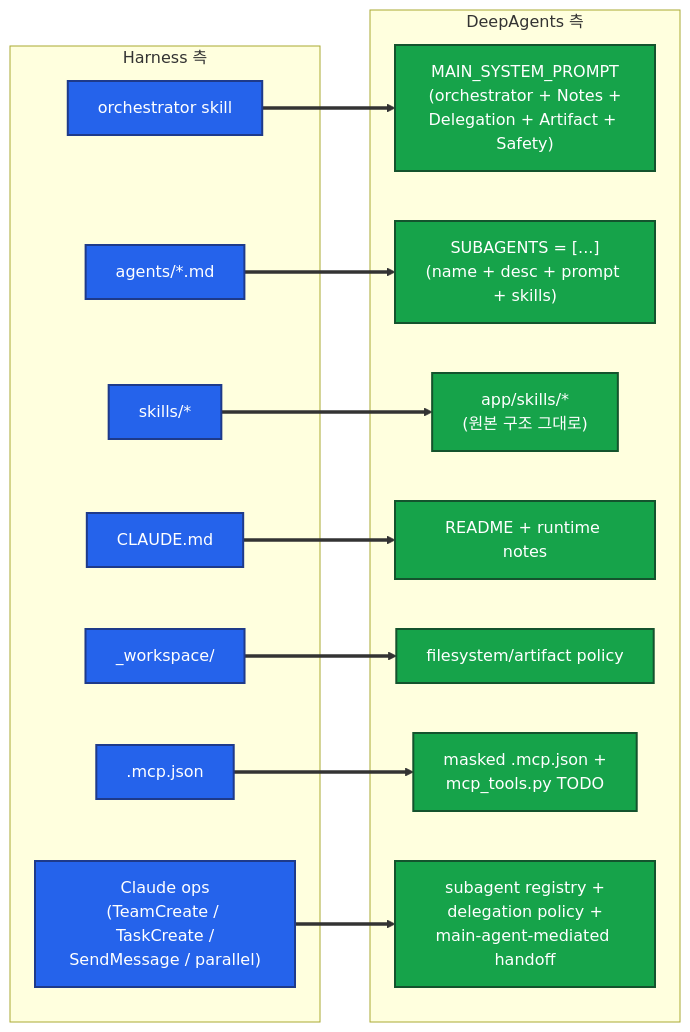
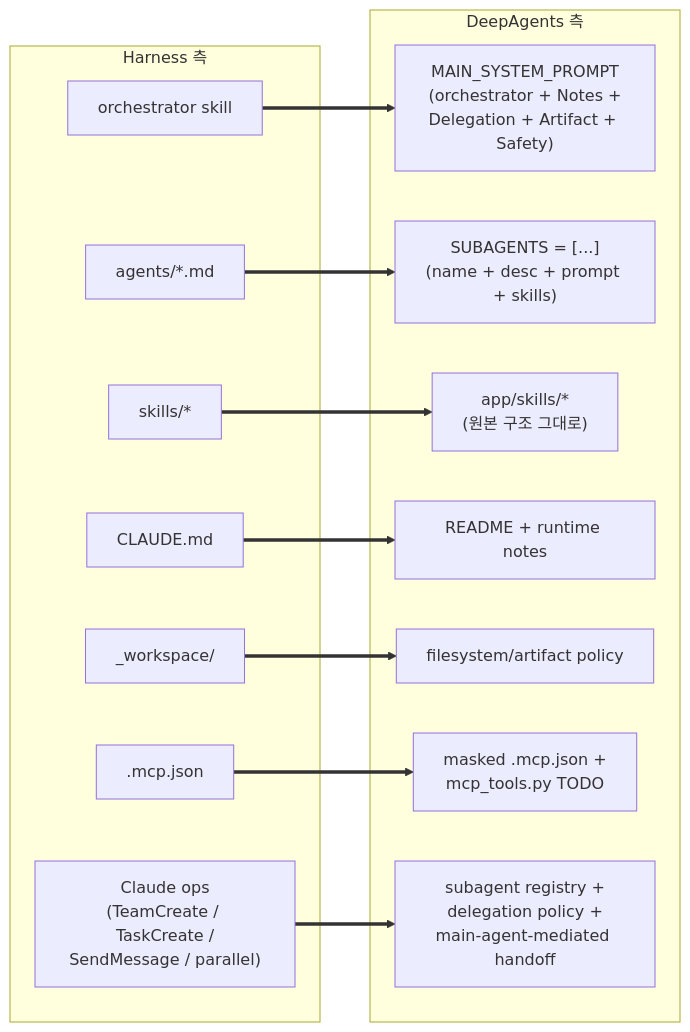
One commit to tykimos/harness2deepagents changed the eighth of 10 diagrams in README.md. Above: the diagram before and after it, drawn with Mermaid. The commit also changed other lines of this file and 1 other file, not shown here.

First line of the commit message:
style(readme): drop mermaid color styling, use default theme

````diff
--- a/README.md
+++ b/README.md
@@ -343,33 +310,31 @@
 ```mermaid
 graph LR
-    classDef harness fill:#2563eb,color:#fff,stroke:#1e3a8a,stroke-width:2px
-    classDef deepagents fill:#16a34a,color:#fff,stroke:#14532d,stroke-width:2px
 
     subgraph HARNESS["Harness 측"]
-        H_O["orchestrator skill"]:::harness
-        H_A["agents/*.md"]:::harness
-        H_S["skills/*"]:::harness
-        H_C["CLAUDE.md"]:::harness
-        H_W["_workspace/"]:::harness
-        H_M[".mcp.json"]:::harness
-        H_Op["Claude ops<br/>(TeamCreate / TaskCreate /<br/>SendMessage / parallel)"]:::harness
+        H_O["orchestrator skill"]
+        H_A["agents/*.md"]
+        H_S["skills/*"]
+        H_C["CLAUDE.md"]
+        H_W["_workspace/"]
+        H_M[".mcp.json"]
+        H_Op["Claude ops<br/>(TeamCreate / TaskCreate /<br/>SendMessage / parallel)"]
     end
 
     subgraph DA["DeepAgents 측"]
-        D_M["MAIN_SYSTEM_PROMPT<br/>(orchestrator + Notes +<br/>Delegation + Artifact + Safety)"]:::deepagents
-        D_S["SUBAGENTS = [...]<br/>(name + desc + prompt + skills)"]:::deepagents
-        D_Sk["app/skills/*<br/>(원본 구조 그대로)"]:::deepagents
-        D_R["README + runtime notes"]:::deepagents
-        D_F["filesystem/artifact policy"]:::deepagents
-        D_Mcp["masked .mcp.json +<br/>mcp_tools.py TODO"]:::deepagents
-        D_Reg["subagent registry +<br/>delegation policy +<br/>main-agent-mediated handoff"]:::deepagents
+        D_M["MAIN_SYSTEM_PROMPT<br/>(orchestrator + Notes +<br/>Delegation + Artifact + Safety)"]
+        D_S["SUBAGENTS = [...]<br/>(name + desc + prompt + skills)"]
+        D_Sk["app/skills/*<br/>(원본 구조 그대로)"]
+        D_R["README + runtime notes"]
+        D_F["filesystem/artifact policy"]
+        D_Mcp["masked .mcp.json +<br/>mcp_tools.py TODO"]
+        D_Reg["subagent registry +<br/>delegation policy +<br/>main-agent-mediated handoff"]
     end
 
     H_O ==> D_M
     H_A ==> D_S
     H_S ==> D_Sk
     H_C ==> D_R
     H_W ==> D_F
     H_M ==> D_Mcp
     H_Op ==> D_Reg
 ```
````
